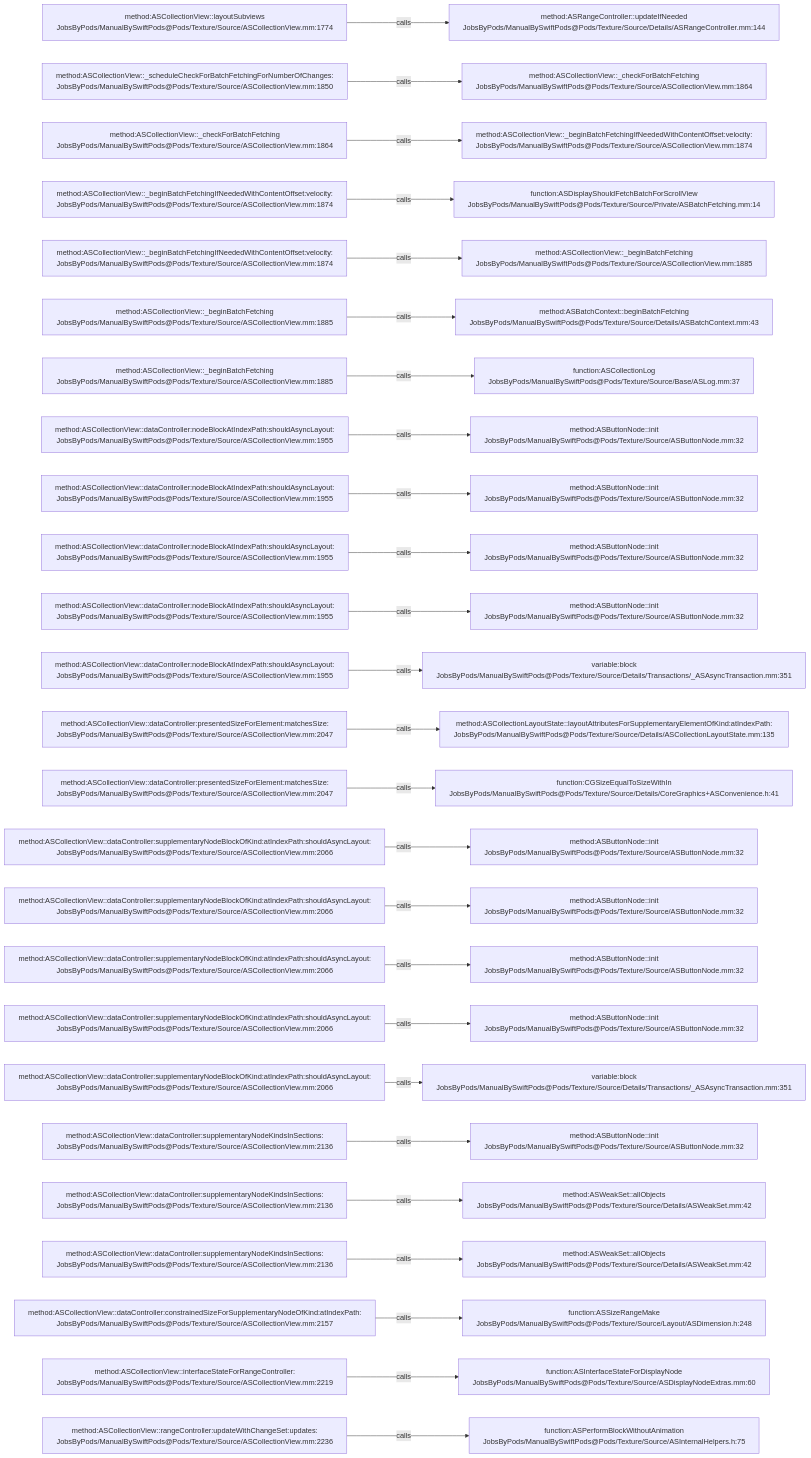
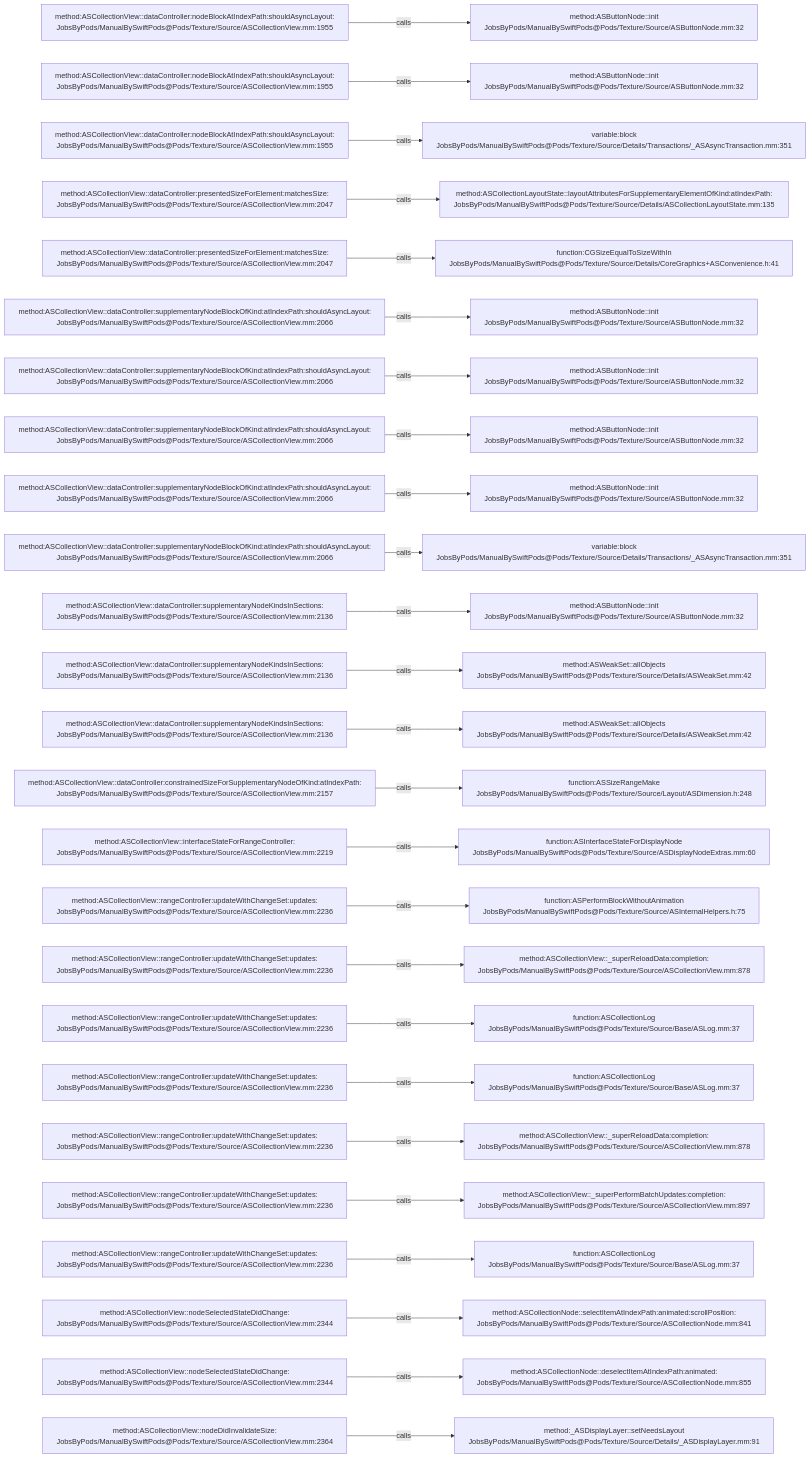
One commit to JobsKits/JobsSwiftBaseConfigDemo changed the diagram in .codegraph/codegraph.md/graphs/calls-014.md. Above: the diagram before and after it, drawn with Mermaid. The commit also changed 707 other files, not shown here.

````diff
--- a/.codegraph/codegraph.md/graphs/calls-014.md
+++ b/.codegraph/codegraph.md/graphs/calls-014.md
@@ -13,78 +13,78 @@
 ```mermaid
 flowchart LR
-  S1["method:ASCollectionView::layoutSubviews<br/>JobsByPods/ManualBySwiftPods@Pods/Texture/Source/ASCollectionView.mm:1774"]
-  T1["method:ASRangeController::updateIfNeeded<br/>JobsByPods/ManualBySwiftPods@Pods/Texture/Source/Details/ASRangeController.mm:144"]
+  S1["method:ASCollectionView::dataController:nodeBlockAtIndexPath:shouldAsyncLayout:<br/>JobsByPods/ManualBySwiftPods@Pods/Texture/Source/ASCollectionView.mm:1955"]
+  T1["method:ASButtonNode::init<br/>JobsByPods/ManualBySwiftPods@Pods/Texture/Source/ASButtonNode.mm:32"]
   S1 -->|calls| T1
-  S2["method:ASCollectionView::_scheduleCheckForBatchFetchingForNumberOfChanges:<br/>JobsByPods/ManualBySwiftPods@Pods/Texture/Source/ASCollectionView.mm:1850"]
-  T2["method:ASCollectionView::_checkForBatchFetching<br/>JobsByPods/ManualBySwiftPods@Pods/Texture/Source/ASCollectionView.mm:1864"]
+  S2["method:ASCollectionView::dataController:nodeBlockAtIndexPath:shouldAsyncLayout:<br/>JobsByPods/ManualBySwiftPods@Pods/Texture/Source/ASCollectionView.mm:1955"]
+  T2["method:ASButtonNode::init<br/>JobsByPods/ManualBySwiftPods@Pods/Texture/Source/ASButtonNode.mm:32"]
   S2 -->|calls| T2
-  S3["method:ASCollectionView::_checkForBatchFetching<br/>JobsByPods/ManualBySwiftPods@Pods/Texture/Source/ASCollectionView.mm:1864"]
-  T3["method:ASCollectionView::_beginBatchFetchingIfNeededWithContentOffset:velocity:<br/>JobsByPods/ManualBySwiftPods@Pods/Texture/Source/ASCollectionView.mm:1874"]
+  S3["method:ASCollectionView::dataController:nodeBlockAtIndexPath:shouldAsyncLayout:<br/>JobsByPods/ManualBySwiftPods@Pods/Texture/Source/ASCollectionView.mm:1955"]
+  T3["variable:block<br/>JobsByPods/ManualBySwiftPods@Pods/Texture/Source/Details/Transactions/_ASAsyncTransaction.mm:351"]
   S3 -->|calls| T3
-  S4["method:ASCollectionView::_beginBatchFetchingIfNeededWithContentOffset:velocity:<br/>JobsByPods/ManualBySwiftPods@Pods/Texture/Source/ASCollectionView.mm:1874"]
-  T4["function:ASDisplayShouldFetchBatchForScrollView<br/>JobsByPods/ManualBySwiftPods@Pods/Texture/Source/Private/ASBatchFetching.mm:14"]
+  S4["method:ASCollectionView::dataController:presentedSizeForElement:matchesSize:<br/>JobsByPods/ManualBySwiftPods@Pods/Texture/Source/ASCollectionView.mm:2047"]
+  T4["method:ASCollectionLayoutState::layoutAttributesForSupplementaryElementOfKind:atIndexPath:<br/>JobsByPods/ManualBySwiftPods@Pods/Texture/Source/Details/ASCollectionLayoutState.mm:135"]
   S4 -->|calls| T4
-  S5["method:ASCollectionView::_beginBatchFetchingIfNeededWithContentOffset:velocity:<br/>JobsByPods/ManualBySwiftPods@Pods/Texture/Source/ASCollectionView.mm:1874"]
-  T5["method:ASCollectionView::_beginBatchFetching<br/>JobsByPods/ManualBySwiftPods@Pods/Texture/Source/ASCollectionView.mm:1885"]
+  S5["method:ASCollectionView::dataController:presentedSizeForElement:matchesSize:<br/>JobsByPods/ManualBySwiftPods@Pods/Texture/Source/ASCollectionView.mm:2047"]
+  T5["function:CGSizeEqualToSizeWithIn<br/>JobsByPods/ManualBySwiftPods@Pods/Texture/Source/Details/CoreGraphics+ASConvenience.h:41"]
   S5 -->|calls| T5
-  S6["method:ASCollectionView::_beginBatchFetching<br/>JobsByPods/ManualBySwiftPods@Pods/Texture/Source/ASCollectionView.mm:1885"]
-  T6["method:ASBatchContext::beginBatchFetching<br/>JobsByPods/ManualBySwiftPods@Pods/Texture/Source/Details/ASBatchContext.mm:43"]
+  S6["method:ASCollectionView::dataController:supplementaryNodeBlockOfKind:atIndexPath:shouldAsyncLayout:<br/>JobsByPods/ManualBySwiftPods@Pods/Texture/Source/ASCollectionView.mm:2066"]
+  T6["method:ASButtonNode::init<br/>JobsByPods/ManualBySwiftPods@Pods/Texture/Source/ASButtonNode.mm:32"]
   S6 -->|calls| T6
-  S7["method:ASCollectionView::_beginBatchFetching<br/>JobsByPods/ManualBySwiftPods@Pods/Texture/Source/ASCollectionView.mm:1885"]
-  T7["function:ASCollectionLog<br/>JobsByPods/ManualBySwiftPods@Pods/Texture/Source/Base/ASLog.mm:37"]
+  S7["method:ASCollectionView::dataController:supplementaryNodeBlockOfKind:atIndexPath:shouldAsyncLayout:<br/>JobsByPods/ManualBySwiftPods@Pods/Texture/Source/ASCollectionView.mm:2066"]
+  T7["method:ASButtonNode::init<br/>JobsByPods/ManualBySwiftPods@Pods/Texture/Source/ASButtonNode.mm:32"]
   S7 -->|calls| T7
-  S8["method:ASCollectionView::dataController:nodeBlockAtIndexPath:shouldAsyncLayout:<br/>JobsByPods/ManualBySwiftPods@Pods/Texture/Source/ASCollectionView.mm:1955"]
+  S8["method:ASCollectionView::dataController:supplementaryNodeBlockOfKind:atIndexPath:shouldAsyncLayout:<br/>JobsByPods/ManualBySwiftPods@Pods/Texture/Source/ASCollectionView.mm:2066"]
   T8["method:ASButtonNode::init<br/>JobsByPods/ManualBySwiftPods@Pods/Texture/Source/ASButtonNode.mm:32"]
   S8 -->|calls| T8
-  S9["method:ASCollectionView::dataController:nodeBlockAtIndexPath:shouldAsyncLayout:<br/>JobsByPods/ManualBySwiftPods@Pods/Texture/Source/ASCollectionView.mm:1955"]
+  S9["method:ASCollectionView::dataController:supplementaryNodeBlockOfKind:atIndexPath:shouldAsyncLayout:<br/>JobsByPods/ManualBySwiftPods@Pods/Texture/Source/ASCollectionView.mm:2066"]
   T9["method:ASButtonNode::init<br/>JobsByPods/ManualBySwiftPods@Pods/Texture/Source/ASButtonNode.mm:32"]
   S9 -->|calls| T9
-  S10["method:ASCollectionView::dataController:nodeBlockAtIndexPath:shouldAsyncLayout:<br/>JobsByPods/ManualBySwiftPods@Pods/Texture/Source/ASCollectionView.mm:1955"]
-  T10["method:ASButtonNode::init<br/>JobsByPods/ManualBySwiftPods@Pods/Texture/Source/ASButtonNode.mm:32"]
+  S10["method:ASCollectionView::dataController:supplementaryNodeBlockOfKind:atIndexPath:shouldAsyncLayout:<br/>JobsByPods/ManualBySwiftPods@Pods/Texture/Source/ASCollectionView.mm:2066"]
+  T10["variable:block<br/>JobsByPods/ManualBySwiftPods@Pods/Texture/Source/Details/Transactions/_ASAsyncTransaction.mm:351"]
   S10 -->|calls| T10
-  S11["method:ASCollectionView::dataController:nodeBlockAtIndexPath:shouldAsyncLayout:<br/>JobsByPods/ManualBySwiftPods@Pods/Texture/Source/ASCollectionView.mm:1955"]
+  S11["method:ASCollectionView::dataController:supplementaryNodeKindsInSections:<br/>JobsByPods/ManualBySwiftPods@Pods/Texture/Source/ASCollectionView.mm:2136"]
   T11["method:ASButtonNode::init<br/>JobsByPods/ManualBySwiftPods@Pods/Texture/Source/ASButtonNode.mm:32"]
   S11 -->|calls| T11
-  S12["method:ASCollectionView::dataController:nodeBlockAtIndexPath:shouldAsyncLayout:<br/>JobsByPods/ManualBySwiftPods@Pods/Texture/Source/ASCollectionView.mm:1955"]
-  T12["variable:block<br/>JobsByPods/ManualBySwiftPods@Pods/Texture/Source/Details/Transactions/_ASAsyncTransaction.mm:351"]
+  S12["method:ASCollectionView::dataController:supplementaryNodeKindsInSections:<br/>JobsByPods/ManualBySwiftPods@Pods/Texture/Source/ASCollectionView.mm:2136"]
+  T12["method:ASWeakSet::allObjects<br/>JobsByPods/ManualBySwiftPods@Pods/Texture/Source/Details/ASWeakSet.mm:42"]
   S12 -->|calls| T12
-  S13["method:ASCollectionView::dataController:presentedSizeForElement:matchesSize:<br/>JobsByPods/ManualBySwiftPods@Pods/Texture/Source/ASCollectionView.mm:2047"]
-  T13["method:ASCollectionLayoutState::layoutAttributesForSupplementaryElementOfKind:atIndexPath:<br/>JobsByPods/ManualBySwiftPods@Pods/Texture/Source/Details/ASCollectionLayoutState.mm:135"]
+  S13["method:ASCollectionView::dataController:supplementaryNodeKindsInSections:<br/>JobsByPods/ManualBySwiftPods@Pods/Texture/Source/ASCollectionView.mm:2136"]
+  T13["method:ASWeakSet::allObjects<br/>JobsByPods/ManualBySwiftPods@Pods/Texture/Source/Details/ASWeakSet.mm:42"]
   S13 -->|calls| T13
-  S14["method:ASCollectionView::dataController:presentedSizeForElement:matchesSize:<br/>JobsByPods/ManualBySwiftPods@Pods/Texture/Source/ASCollectionView.mm:2047"]
-  T14["function:CGSizeEqualToSizeWithIn<br/>JobsByPods/ManualBySwiftPods@Pods/Texture/Source/Details/CoreGraphics+ASConvenience.h:41"]
+  S14["method:ASCollectionView::dataController:constrainedSizeForSupplementaryNodeOfKind:atIndexPath:<br/>JobsByPods/ManualBySwiftPods@Pods/Texture/Source/ASCollectionView.mm:2157"]
+  T14["function:ASSizeRangeMake<br/>JobsByPods/ManualBySwiftPods@Pods/Texture/Source/Layout/ASDimension.h:248"]
   S14 -->|calls| T14
-  S15["method:ASCollectionView::dataController:supplementaryNodeBlockOfKind:atIndexPath:shouldAsyncLayout:<br/>JobsByPods/ManualBySwiftPods@Pods/Texture/Source/ASCollectionView.mm:2066"]
-  T15["method:ASButtonNode::init<br/>JobsByPods/ManualBySwiftPods@Pods/Texture/Source/ASButtonNode.mm:32"]
+  S15["method:ASCollectionView::interfaceStateForRangeController:<br/>JobsByPods/ManualBySwiftPods@Pods/Texture/Source/ASCollectionView.mm:2219"]
+  T15["function:ASInterfaceStateForDisplayNode<br/>JobsByPods/ManualBySwiftPods@Pods/Texture/Source/ASDisplayNodeExtras.mm:60"]
   S15 -->|calls| T15
-  S16["method:ASCollectionView::dataController:supplementaryNodeBlockOfKind:atIndexPath:shouldAsyncLayout:<br/>JobsByPods/ManualBySwiftPods@Pods/Texture/Source/ASCollectionView.mm:2066"]
-  T16["method:ASButtonNode::init<br/>JobsByPods/ManualBySwiftPods@Pods/Texture/Source/ASButtonNode.mm:32"]
+  S16["method:ASCollectionView::rangeController:updateWithChangeSet:updates:<br/>JobsByPods/ManualBySwiftPods@Pods/Texture/Source/ASCollectionView.mm:2236"]
+  T16["function:ASPerformBlockWithoutAnimation<br/>JobsByPods/ManualBySwiftPods@Pods/Texture/Source/ASInternalHelpers.h:75"]
   S16 -->|calls| T16
-  S17["method:ASCollectionView::dataController:supplementaryNodeBlockOfKind:atIndexPath:shouldAsyncLayout:<br/>JobsByPods/ManualBySwiftPods@Pods/Texture/Source/ASCollectionView.mm:2066"]
-  T17["method:ASButtonNode::init<br/>JobsByPods/ManualBySwiftPods@Pods/Texture/Source/ASButtonNode.mm:32"]
+  S17["method:ASCollectionView::rangeController:updateWithChangeSet:updates:<br/>JobsByPods/ManualBySwiftPods@Pods/Texture/Source/ASCollectionView.mm:2236"]
+  T17["method:ASCollectionView::_superReloadData:completion:<br/>JobsByPods/ManualBySwiftPods@Pods/Texture/Source/ASCollectionView.mm:878"]
   S17 -->|calls| T17
-  S18["method:ASCollectionView::dataController:supplementaryNodeBlockOfKind:atIndexPath:shouldAsyncLayout:<br/>JobsByPods/ManualBySwiftPods@Pods/Texture/Source/ASCollectionView.mm:2066"]
-  T18["method:ASButtonNode::init<br/>JobsByPods/ManualBySwiftPods@Pods/Texture/Source/ASButtonNode.mm:32"]
+  S18["method:ASCollectionView::rangeController:updateWithChangeSet:updates:<br/>JobsByPods/ManualBySwiftPods@Pods/Texture/Source/ASCollectionView.mm:2236"]
+  T18["function:ASCollectionLog<br/>JobsByPods/ManualBySwiftPods@Pods/Texture/Source/Base/ASLog.mm:37"]
   S18 -->|calls| T18
-  S19["method:ASCollectionView::dataController:supplementaryNodeBlockOfKind:atIndexPath:shouldAsyncLayout:<br/>JobsByPods/ManualBySwiftPods@Pods/Texture/Source/ASCollectionView.mm:2066"]
-  T19["variable:block<br/>JobsByPods/ManualBySwiftPods@Pods/Texture/Source/Details/Transactions/_ASAsyncTransaction.mm:351"]
+  S19["method:ASCollectionView::rangeController:updateWithChangeSet:updates:<br/>JobsByPods/ManualBySwiftPods@Pods/Texture/Source/ASCollectionView.mm:2236"]
+  T19["function:ASCollectionLog<br/>JobsByPods/ManualBySwiftPods@Pods/Texture/Source/Base/ASLog.mm:37"]
   S19 -->|calls| T19
-  S20["method:ASCollectionView::dataController:supplementaryNodeKindsInSections:<br/>JobsByPods/ManualBySwiftPods@Pods/Texture/Source/ASCollectionView.mm:2136"]
-  T20["method:ASButtonNode::init<br/>JobsByPods/ManualBySwiftPods@Pods/Texture/Source/ASButtonNode.mm:32"]
+  S20["method:ASCollectionView::rangeController:updateWithChangeSet:updates:<br/>JobsByPods/ManualBySwiftPods@Pods/Texture/Source/ASCollectionView.mm:2236"]
+  T20["method:ASCollectionView::_superReloadData:completion:<br/>JobsByPods/ManualBySwiftPods@Pods/Texture/Source/ASCollectionView.mm:878"]
   S20 -->|calls| T20
-  S21["method:ASCollectionView::dataController:supplementaryNodeKindsInSections:<br/>JobsByPods/ManualBySwiftPods@Pods/Texture/Source/ASCollectionView.mm:2136"]
-  T21["method:ASWeakSet::allObjects<br/>JobsByPods/ManualBySwiftPods@Pods/Texture/Source/Details/ASWeakSet.mm:42"]
+  S21["method:ASCollectionView::rangeController:updateWithChangeSet:updates:<br/>JobsByPods/ManualBySwiftPods@Pods/Texture/Source/ASCollectionView.mm:2236"]
+  T21["method:ASCollectionView::_superPerformBatchUpdates:completion:<br/>JobsByPods/ManualBySwiftPods@Pods/Texture/Source/ASCollectionView.mm:897"]
   S21 -->|calls| T21
-  S22["method:ASCollectionView::dataController:supplementaryNodeKindsInSections:<br/>JobsByPods/ManualBySwiftPods@Pods/Texture/Source/ASCollectionView.mm:2136"]
-  T22["method:ASWeakSet::allObjects<br/>JobsByPods/ManualBySwiftPods@Pods/Texture/Source/Details/ASWeakSet.mm:42"]
+  S22["method:ASCollectionView::rangeController:updateWithChangeSet:updates:<br/>JobsByPods/ManualBySwiftPods@Pods/Texture/Source/ASCollectionView.mm:2236"]
+  T22["function:ASCollectionLog<br/>JobsByPods/ManualBySwiftPods@Pods/Texture/Source/Base/ASLog.mm:37"]
   S22 -->|calls| T22
-  S23["method:ASCollectionView::dataController:constrainedSizeForSupplementaryNodeOfKind:atIndexPath:<br/>JobsByPods/ManualBySwiftPods@Pods/Texture/Source/ASCollectionView.mm:2157"]
-  T23["function:ASSizeRangeMake<br/>JobsByPods/ManualBySwiftPods@Pods/Texture/Source/Layout/ASDimension.h:248"]
+  S23["method:ASCollectionView::nodeSelectedStateDidChange:<br/>JobsByPods/ManualBySwiftPods@Pods/Texture/Source/ASCollectionView.mm:2344"]
+  T23["method:ASCollectionNode::selectItemAtIndexPath:animated:scrollPosition:<br/>JobsByPods/ManualBySwiftPods@Pods/Texture/Source/ASCollectionNode.mm:841"]
   S23 -->|calls| T23
-  S24["method:ASCollectionView::interfaceStateForRangeController:<br/>JobsByPods/ManualBySwiftPods@Pods/Texture/Source/ASCollectionView.mm:2219"]
-  T24["function:ASInterfaceStateForDisplayNode<br/>JobsByPods/ManualBySwiftPods@Pods/Texture/Source/ASDisplayNodeExtras.mm:60"]
+  S24["method:ASCollectionView::nodeSelectedStateDidChange:<br/>JobsByPods/ManualBySwiftPods@Pods/Texture/Source/ASCollectionView.mm:2344"]
+  T24["method:ASCollectionNode::deselectItemAtIndexPath:animated:<br/>JobsByPods/ManualBySwiftPods@Pods/Texture/Source/ASCollectionNode.mm:855"]
   S24 -->|calls| T24
-  S25["method:ASCollectionView::rangeController:updateWithChangeSet:updates:<br/>JobsByPods/ManualBySwiftPods@Pods/Texture/Source/ASCollectionView.mm:2236"]
-  T25["function:ASPerformBlockWithoutAnimation<br/>JobsByPods/ManualBySwiftPods@Pods/Texture/Source/ASInternalHelpers.h:75"]
+  S25["method:ASCollectionView::nodeDidInvalidateSize:<br/>JobsByPods/ManualBySwiftPods@Pods/Texture/Source/ASCollectionView.mm:2364"]
+  T25["method:_ASDisplayLayer::setNeedsLayout<br/>JobsByPods/ManualBySwiftPods@Pods/Texture/Source/Details/_ASDisplayLayer.mm:91"]
   S25 -->|calls| T25
 ```
````
